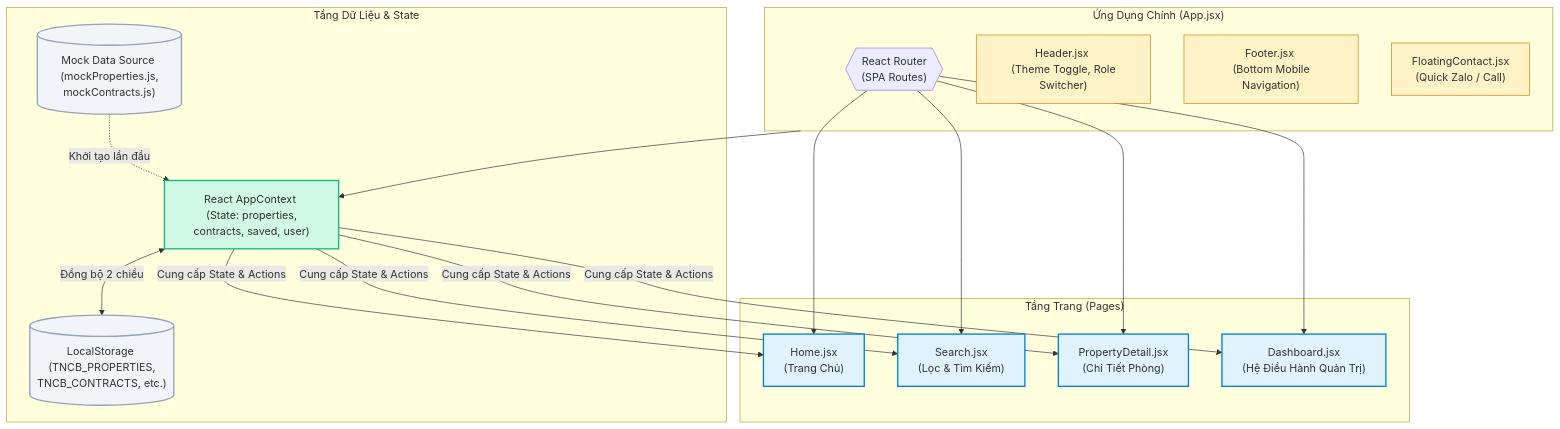
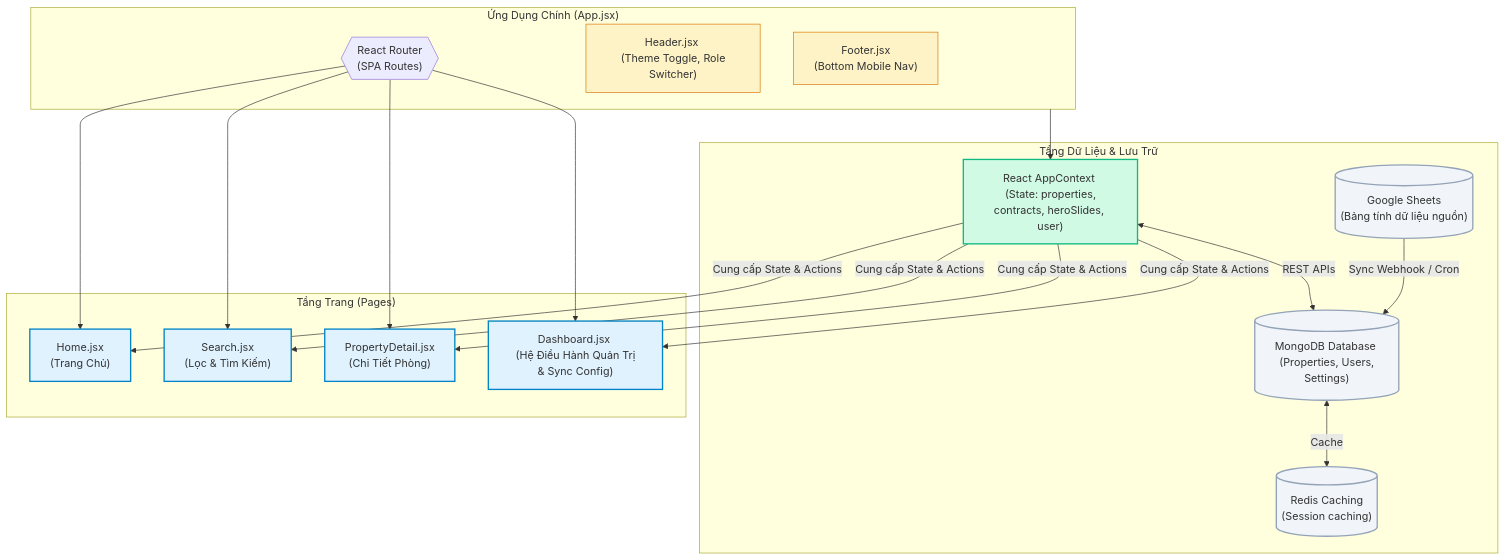
Before and after one commit to Spotlighterr/TNCB: the first of 3 diagrams in project_architecture.md, drawn with Mermaid. The commit also changed other lines of this file and 3 other files, not shown here.

Commit message:
docs: update system architecture, algorithms, README, and deployment guide to document Google Sheets Sync and MongoDB integration

````diff
--- a/project_architecture.md
+++ b/project_architecture.md
@@ -11,44 +11,45 @@
 ```mermaid
 graph TD
     %% Styling
     classDef storage fill:#f1f5f9,stroke:#94a3b8,stroke-width:2px;
     classDef context fill:#d1fae5,stroke:#10b981,stroke-width:2px;
     classDef page fill:#e0f2fe,stroke:#0284c7,stroke-width:2px;
     classDef comp fill:#fef3c7,stroke:#d97706,stroke-width:1px;
 
     %% Elements
-    subgraph DataLayer ["Tầng Dữ Liệu & State"]
-        LS[("LocalStorage <br> (TNCB_PROPERTIES, TNCB_CONTRACTS, etc.)")]:::storage
-        Mock[("Mock Data Source <br> (mockProperties.js, mockContracts.js)")]:::storage
-        Ctx["React AppContext <br> (State: properties, contracts, saved, user)"]:::context
+    subgraph DataLayer ["Tầng Dữ Liệu & Lưu Trữ"]
+        DB[("MongoDB Database <br> (Properties, Users, Settings)")]:::storage
+        Cache[("Redis Caching <br> (Session caching)")]:::storage
+        Sheet[("Google Sheets <br> (Bảng tính dữ liệu nguồn)")]:::storage
+        Ctx["React AppContext <br> (State: properties, contracts, heroSlides, user)"]:::context
     end
 
     subgraph AppContainer ["Ứng Dụng Chính (App.jsx)"]
         Router{{"React Router <br> (SPA Routes)"}}
         Header["Header.jsx <br> (Theme Toggle, Role Switcher)"]:::comp
-        Footer["Footer.jsx <br> (Bottom Mobile Navigation)"]:::comp
-        Float["FloatingContact.jsx <br> (Quick Zalo / Call)"]:::comp
+        Footer["Footer.jsx <br> (Bottom Mobile Nav)"]:::comp
     end
 
     subgraph Pages ["Tầng Trang (Pages)"]
         HomeP["Home.jsx <br> (Trang Chủ)"]:::page
         SearchP["Search.jsx <br> (Lọc & Tìm Kiếm)"]:::page
         DetailP["PropertyDetail.jsx <br> (Chi Tiết Phòng)"]:::page
-        DashP["Dashboard.jsx <br> (Hệ Điều Hành Quản Trị)"]:::page
+        DashP["Dashboard.jsx <br> (Hệ Điều Hành Quản Trị & Sync Config)"]:::page
     end
 
     %% Relations
-    Mock -.->|Khởi tạo lần đầu| Ctx
-    Ctx <-->|Đồng bộ 2 chiều| LS
+    Sheet -->|Sync Webhook / Cron| DB
+    Ctx <-->|REST APIs| DB
+    DB <-->|Cache| Cache
     
     AppContainer --> Ctx
     Router --> HomeP
     Router --> SearchP
     Router --> DetailP
     Router --> DashP
 
     Ctx -->|Cung cấp State & Actions| HomeP
     Ctx -->|Cung cấp State & Actions| SearchP
     Ctx -->|Cung cấp State & Actions| DetailP
     Ctx -->|Cung cấp State & Actions| DashP
 ```
````
